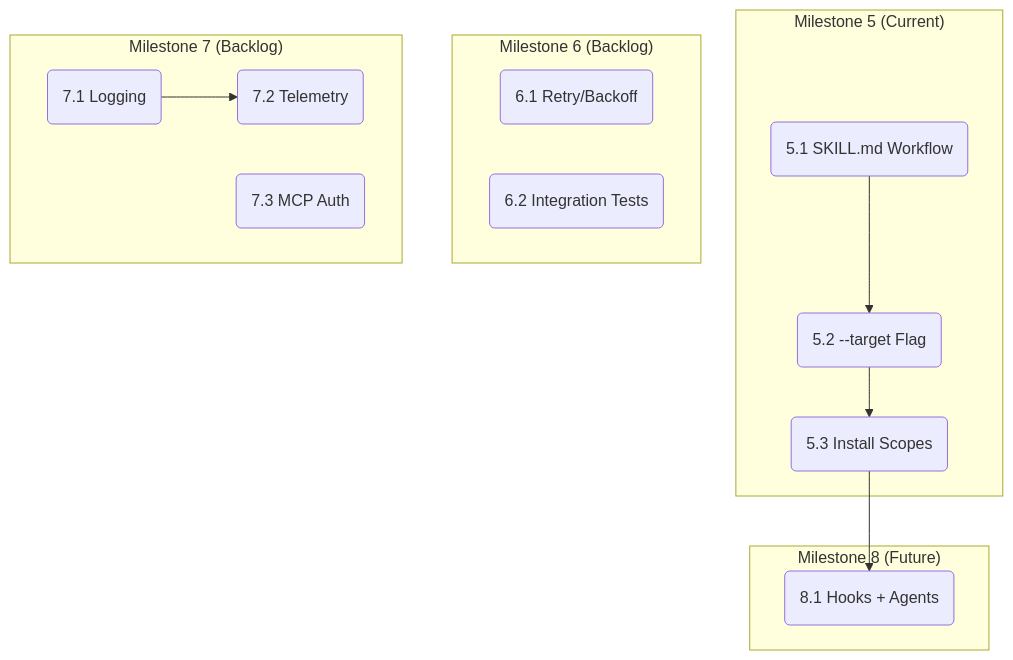
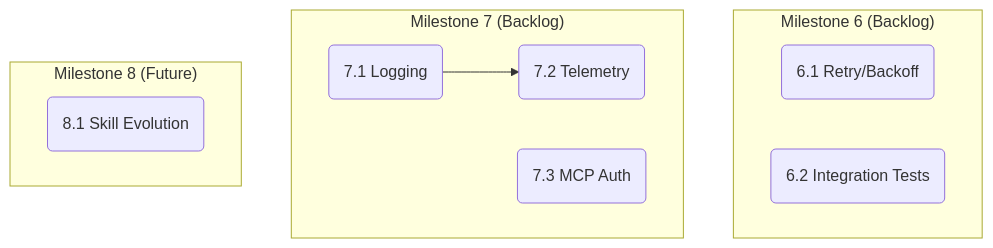
The diagram in specs/TASKS.md (jorelcb/codify), drawn with Mermaid before and after one commit. The commit also changed other lines of this file and 26 other files, not shown here.

````diff
--- a/specs/TASKS.md
+++ b/specs/TASKS.md
@@ -111,19 +81,14 @@
 ```mermaid
 graph TD
-    subgraph "Milestone 5 (Current)"
-        T5_1("5.1 SKILL.md Workflow") --> T5_2("5.2 --target Flag")
-        T5_2 --> T5_3("5.3 Install Scopes")
-    end
     subgraph "Milestone 6 (Backlog)"
         T6_1("6.1 Retry/Backoff")
         T6_2("6.2 Integration Tests")
     end
     subgraph "Milestone 7 (Backlog)"
         T7_1("7.1 Logging") --> T7_2("7.2 Telemetry")
         T7_3("7.3 MCP Auth")
     end
     subgraph "Milestone 8 (Future)"
-        T8_1("8.1 Hooks + Agents")
+        T8_1("8.1 Skill Evolution")
     end
-    T5_3 --> T8_1
 ```
````
